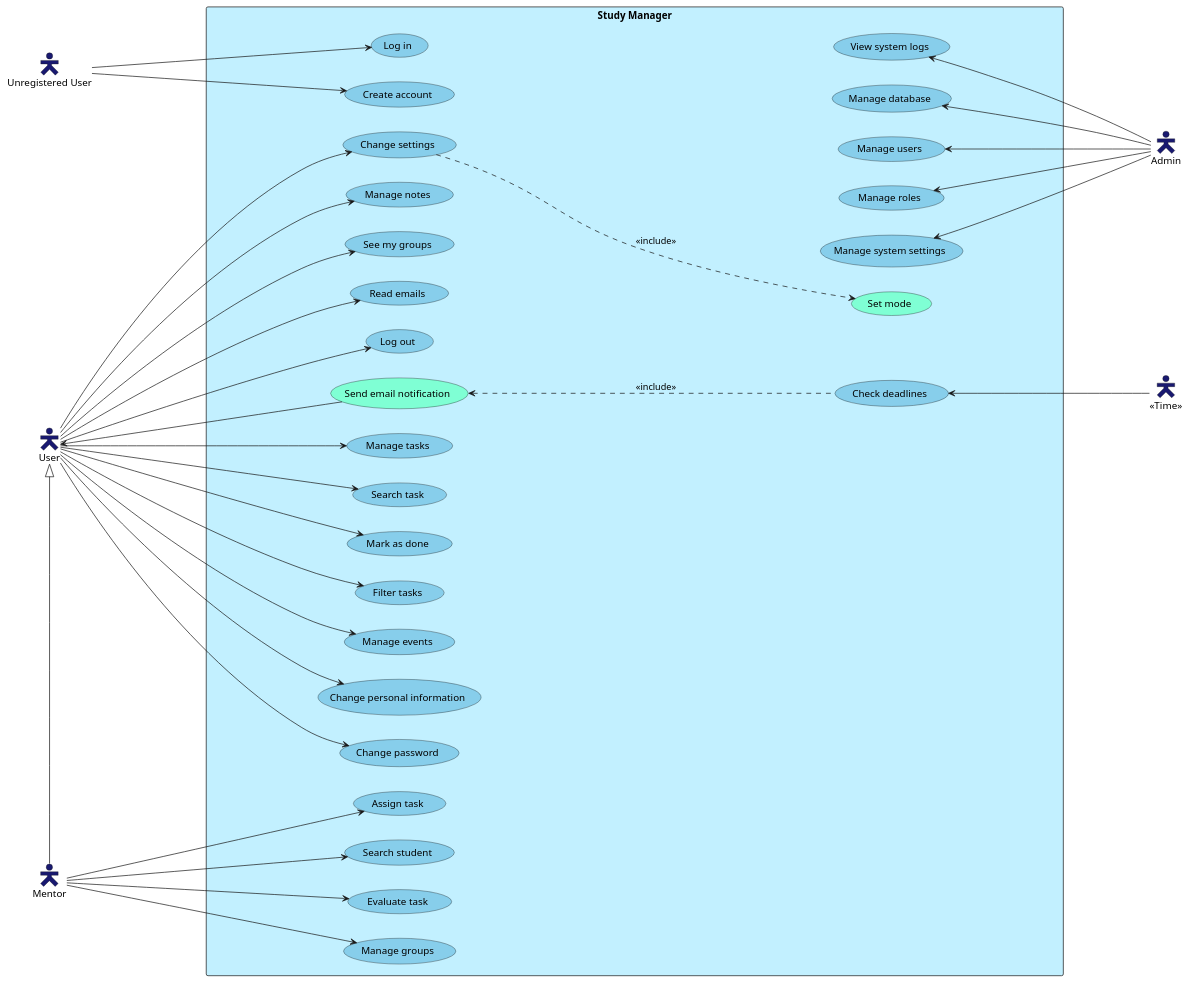
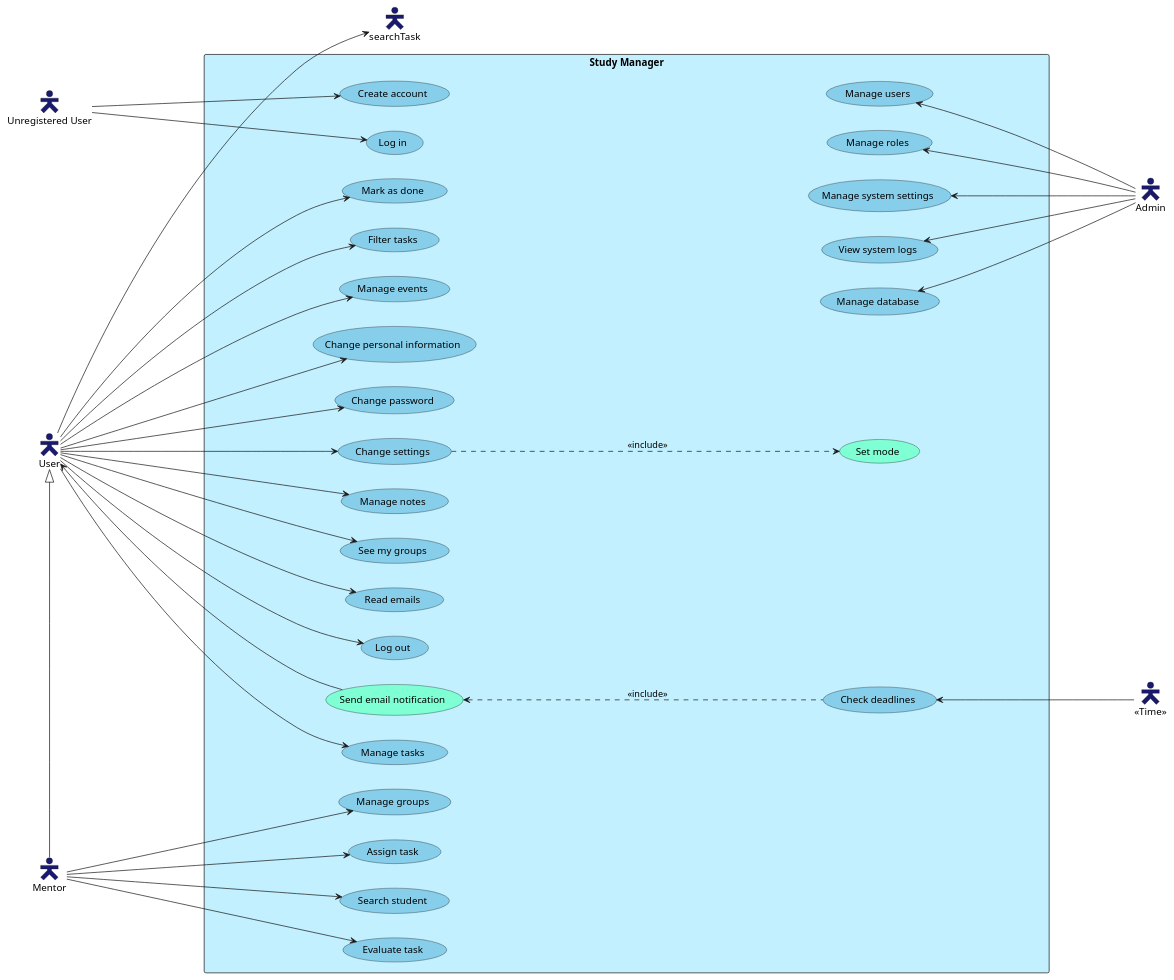
Before and after one commit to pb138-study-manager/pb138: the diagram in docs/analysis/use-case.puml, drawn with PlantUML. The commit also changed 7 other files, not shown here.

```diff
--- a/docs/analysis/use-case.puml
+++ b/docs/analysis/use-case.puml
@@ -10,118 +10,118 @@
 @startuml Study Manager 
 
 !pragma ratio 0.80
 
 left to right direction
 
 ' Style: (colors from https://sarafian.github.io/assets/images/posts/plantuml/2021-02-24-plantuml-tips-tricks-1/colors.svg)
 skinparam UsecaseBackgroundColor SkyBlue
 skinparam RectangleBackgroundColor APPLICATION
 skinparam ActorBackgroundColor MidnightBlue
 skinparam ActorStyle Hollow
 
 ' Actors:
 actor "Unregistered User" as unregisteredUser
 actor "User" as user
 actor "Mentor" as mentor
 actor "Admin" as admin
 'actor "<<System>>" as system
 actor "<<Time>>" as time
 
 ' System boundary:
 rectangle "Study Manager" as studyManager {
     ' unregistered user
     usecase "Create account" as createAccount
     usecase "Log in" as logIn
 
     ' logged in user
     usecase "Manage tasks" as manageTask
-    usecase "Search task" as searchTask
+    ' usecase "Search task" as searchTask
     usecase "Mark as done" as markDone
     usecase "Filter tasks" as filter
 
     usecase "Manage events" as manageEvent
     ' usecase "Import calendar" as importCal
     ' usecase "See calendar" as seeCal
 
     usecase "Change personal information" as changePersonalInfo
     usecase "Change password" as changePassword
     usecase "Change settings" as settings
     ' usecase "Set language" as setLanguage #aquamarine
     usecase "Set mode" as setMode #aquamarine
 
     usecase "Manage notes" as manageNotes
     usecase "See my groups" as seeGroups
     usecase "Read emails" as readEmails
     usecase "Log out" as logOut
 
     ' usecase "Start timer" as startTimer
     ' usecase "See timer history" as timerHistory
 
     ' mentor
     usecase "Manage groups" as manageGroup
     usecase "Assign task" as assignTask
     usecase "Search student" as searchStudent
     usecase "Evaluate task" as evaluateTask
     ' usecase "Message group" as messageGroup
     
     'admin or system
     usecase "Check deadlines" as checkDeadlines
     usecase "Send email notification" as sendNotification #aquamarine
     usecase "Manage users" as manageUsers
     usecase "Manage roles" as manageRoles
     usecase "Manage system settings" as manageSystemSettings
     usecase "View system logs" as viewLogs
     usecase "Manage database" as manageDatabase
 }
 
 ' Generalizations
 mentor -[norank]-|> user
 
 ' Includes and extends
 ' settings ..> setLanguage : <<include>>
 settings ..> setMode : <<include>>
 sendNotification <.. checkDeadlines : <<include>>
 
 ' Associations:
 unregisteredUser --> createAccount
 unregisteredUser --> logIn
 
 user --> manageTask
 user --> searchTask
 user --> markDone
 user --> filter
 
 user --> manageEvent
 'user --> importCal
 'user --> seeCal
 
 user --> changePersonalInfo
 user --> changePassword
 user --> settings
 
 user --> manageNotes
 user --> seeGroups
 user --> readEmails
 user --> logOut
 sendNotification --> user
 
 mentor --> manageGroup
 mentor --> assignTask
 mentor --> searchStudent
 mentor --> evaluateTask
 
 checkDeadlines <-- time
 manageUsers <-- admin
 manageRoles <-- admin
 manageSystemSettings <-- admin
 viewLogs <-- admin
 manageDatabase <-- admin
 
 ' For layout purposes:
 logIn <-[hidden]- viewLogs
 logIn <-[hidden]- manageUsers
 logIn <-[hidden]- manageRoles
 logIn <-[hidden]- manageSystemSettings
 logIn <-[hidden]- manageDatabase
 
 @enduml
```
